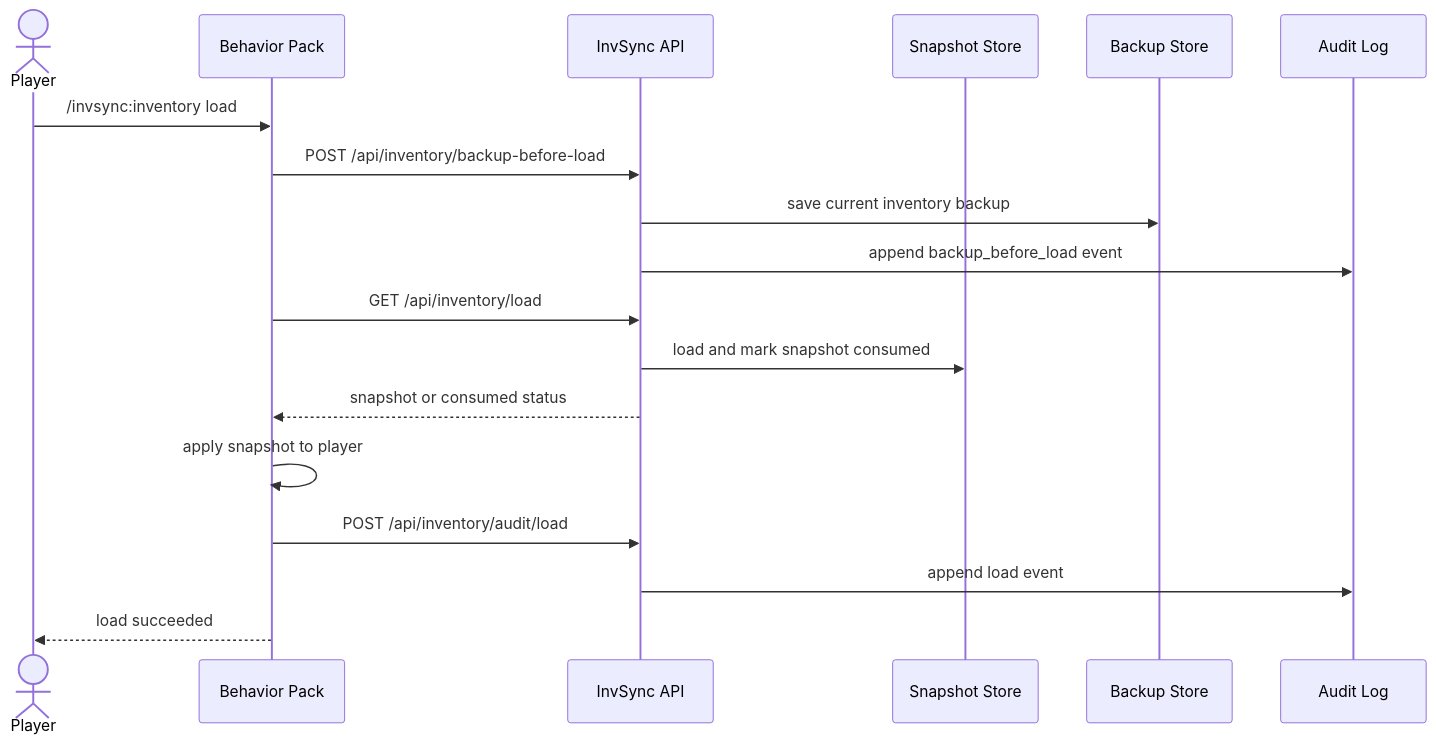
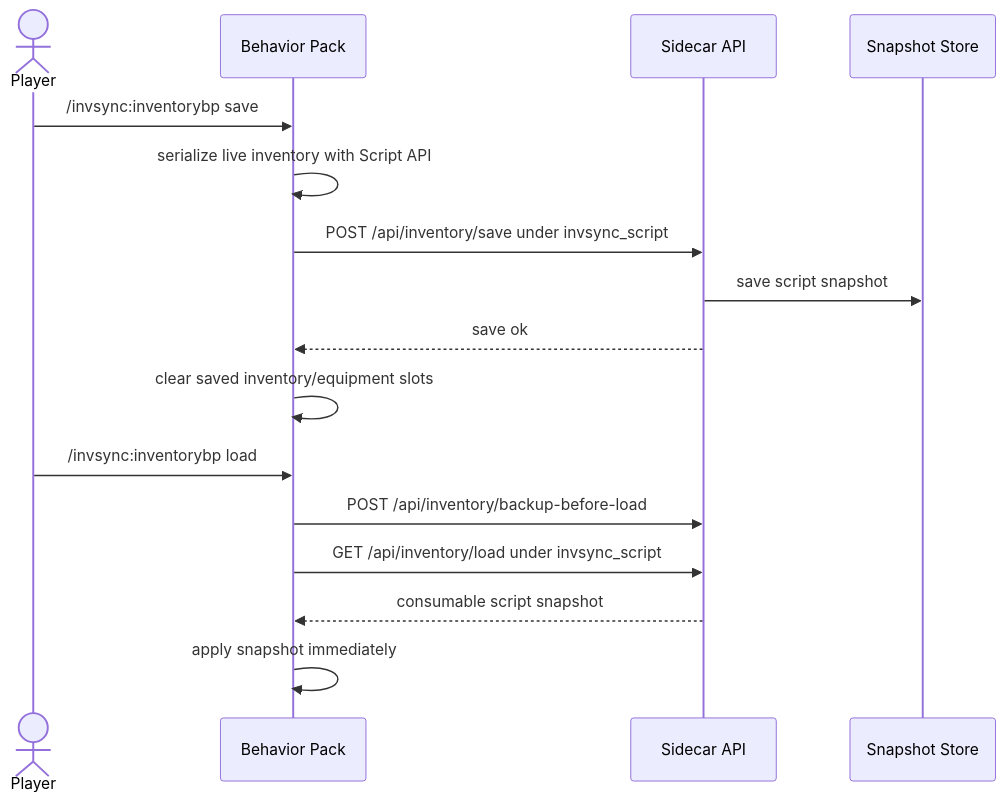
The fourth of 4 diagrams in docs/architecture.md (rometet/inventory-sync), drawn with Mermaid before and after one commit. The commit also changed other lines of this file and 22 other files, not shown here.

Commit message:
Publish inventory sync DB and BP modes

````diff
--- a/docs/architecture.md
+++ b/docs/architecture.md
@@ -85,21 +81,19 @@
 ```mermaid
 sequenceDiagram
     actor P as Player
     participant BP as Behavior Pack
-    participant API as InvSync API
+    participant API as Sidecar API
     participant STORE as Snapshot Store
-    participant BACKUP as Backup Store
-    participant AUDIT as Audit Log
 
-    P->>BP: /invsync:inventory load
+    P->>BP: /invsync:inventorybp save
+    BP->>BP: serialize live inventory with Script API
+    BP->>API: POST /api/inventory/save under invsync_script
+    API->>STORE: save script snapshot
+    API-->>BP: save ok
+    BP->>BP: clear saved inventory/equipment slots
+    P->>BP: /invsync:inventorybp load
     BP->>API: POST /api/inventory/backup-before-load
-    API->>BACKUP: save current inventory backup
-    API->>AUDIT: append backup_before_load event
-    BP->>API: GET /api/inventory/load
-    API->>STORE: load and mark snapshot consumed
-    API-->>BP: snapshot or consumed status
-    BP->>BP: apply snapshot to player
-    BP->>API: POST /api/inventory/audit/load
-    API->>AUDIT: append load event
-    BP-->>P: load succeeded
+    BP->>API: GET /api/inventory/load under invsync_script
+    API-->>BP: consumable script snapshot
+    BP->>BP: apply snapshot immediately
 ```
````
